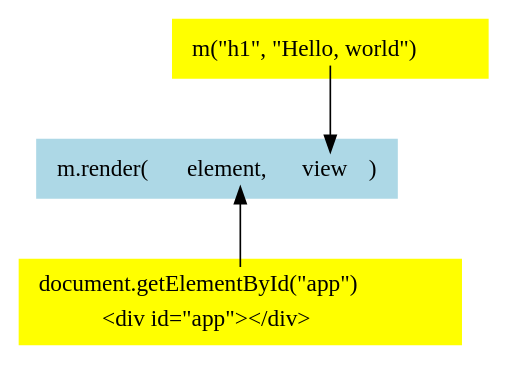
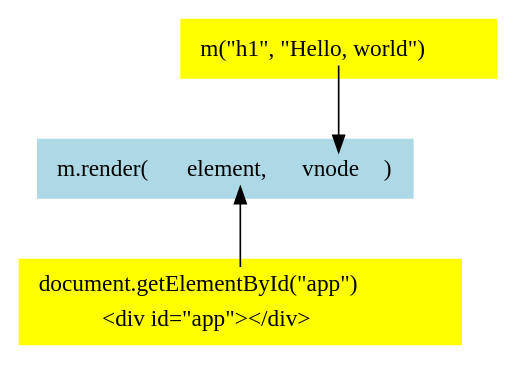
The diagram in examples/tutorial/images/01-hello-world-01.dot (foxdonut/meiosis-examples), drawn with Graphviz before and after one commit. The commit also changed 23 other files, not shown here.

```diff
--- a/examples/tutorial/images/01-hello-world-01.dot
+++ b/examples/tutorial/images/01-hello-world-01.dot
@@ -1,34 +1,34 @@
 digraph meiosistutorial {
   mrender [shape="plaintext", style="filled", fillcolor="lightblue", label=<
     <table border="0">
       <tr>
         <td>m.render(</td>
         <td port="element">element,</td>
-        <td port="view">view</td>
+        <td port="view">vnode</td>
         <td>)</td>
       </tr>
     </table>
   >]
 
   element [shape="plaintext", style="filled", fillcolor="yellow", label=<
     <table border="0">
       <tr>
         <td port="app">document.getElementById("app")</td>
       </tr>
       <tr>
         <td>&lt;div id="app"&gt;&lt;/div&gt;</td>
       </tr>
     </table>
   >]
 
   view [shape="plaintext", style="filled", fillcolor="yellow", label=<
     <table border="0">
       <tr>
         <td port="mview">m("h1", "Hello, world")</td>
       </tr>
     </table>
   >]
 
   mrender:element -> element:app [label="", dir="back"]
   view:mview -> mrender:view [label=""]
 }
```
